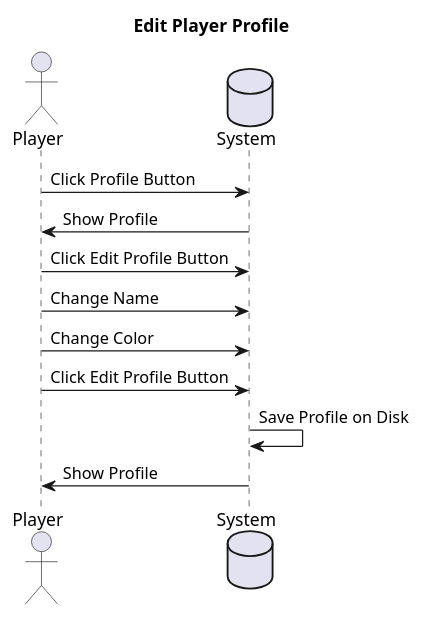
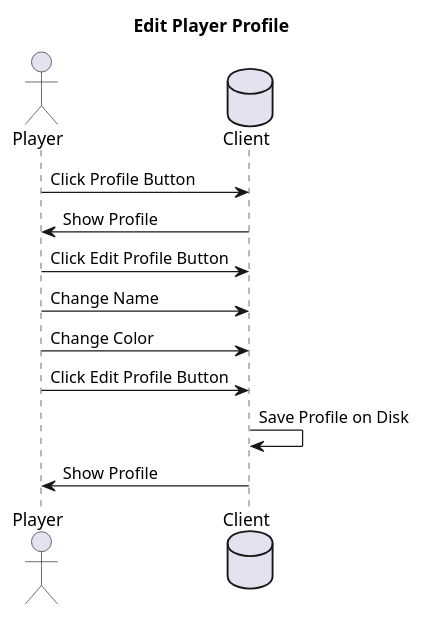
The diagram in docs/sequence_diagrams/edit_profile.puml (TINF21CS1/TicTacToeKojote), drawn with PlantUML before and after one commit. The commit also changed 8 other files, not shown here.

Commit message:
Docs(sequence_diagrams): Renamed Server to Client to fit language in other docs

```diff
--- a/docs/sequence_diagrams/edit_profile.puml
+++ b/docs/sequence_diagrams/edit_profile.puml
@@ -1,16 +1,16 @@
 @startuml
 title Edit Player Profile
 
 actor Player
-database System
+database Client
 
-Player->System: Click Profile Button
-System->Player: Show Profile
-Player->System: Click Edit Profile Button
-Player->System: Change Name
-Player->System: Change Color
-Player->System: Click Edit Profile Button
-System->System: Save Profile on Disk
-System->Player: Show Profile
+Player->Client: Click Profile Button
+Client->Player: Show Profile
+Player->Client: Click Edit Profile Button
+Player->Client: Change Name
+Player->Client: Change Color
+Player->Client: Click Edit Profile Button
+Client->Client: Save Profile on Disk
+Client->Player: Show Profile
 
 @enduml
```
